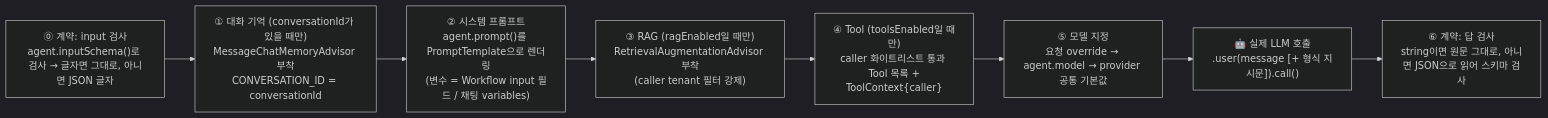
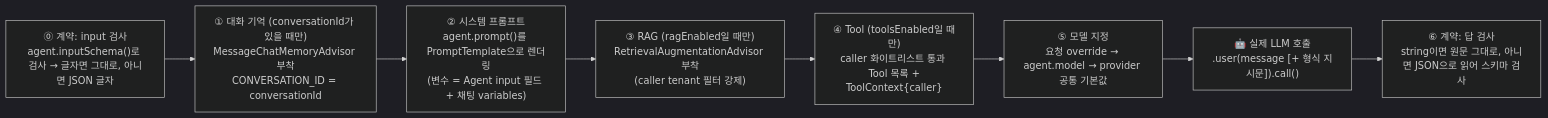
One commit to YongSoekChoeng/dstone changed the eighth of 9 diagrams in docs/09.dstone-ai-engine.md. Above: the diagram before and after it, drawn with Mermaid (dark theme). The commit also changed other lines of this file and 49 other files, not shown here.

````diff
--- a/docs/09.dstone-ai-engine.md
+++ b/docs/09.dstone-ai-engine.md
@@ -768,11 +778,11 @@
 ```mermaid
 flowchart LR
     S0["⓪ 계약: input 검사\nagent.inputSchema()로 검사 → 글자면 그대로, 아니면 JSON 글자"] --> S1
     S1["① 대화 기억 (conversationId가 있을 때만)\nMessageChatMemoryAdvisor 부착\nCONVERSATION_ID = conversationId"] --> S2
-    S2["② 시스템 프롬프트\nagent.prompt()를 PromptTemplate으로 렌더링\n(변수 = Workflow input 필드 / 채팅 variables)"] --> S3
+    S2["② 시스템 프롬프트\nagent.prompt()를 PromptTemplate으로 렌더링\n(변수 = Agent input 필드 + 채팅 variables)"] --> S3
     S3["③ RAG (ragEnabled일 때만)\nRetrievalAugmentationAdvisor 부착\n(caller tenant 필터 강제)"] --> S4
     S4["④ Tool (toolsEnabled일 때만)\ncaller 화이트리스트 통과 Tool 목록 +\nToolContext{caller}"] --> S5
     S5["⑤ 모델 지정\n요청 override → agent.model → provider 공통 기본값"] --> LLM
     LLM["🤖 실제 LLM 호출\n.user(message [+ 형식 지시문]).call()"] --> S6
     S6["⑥ 계약: 답 검사\nstring이면 원문 그대로, 아니면 JSON으로 읽어 스키마 검사"]
 ```
````
